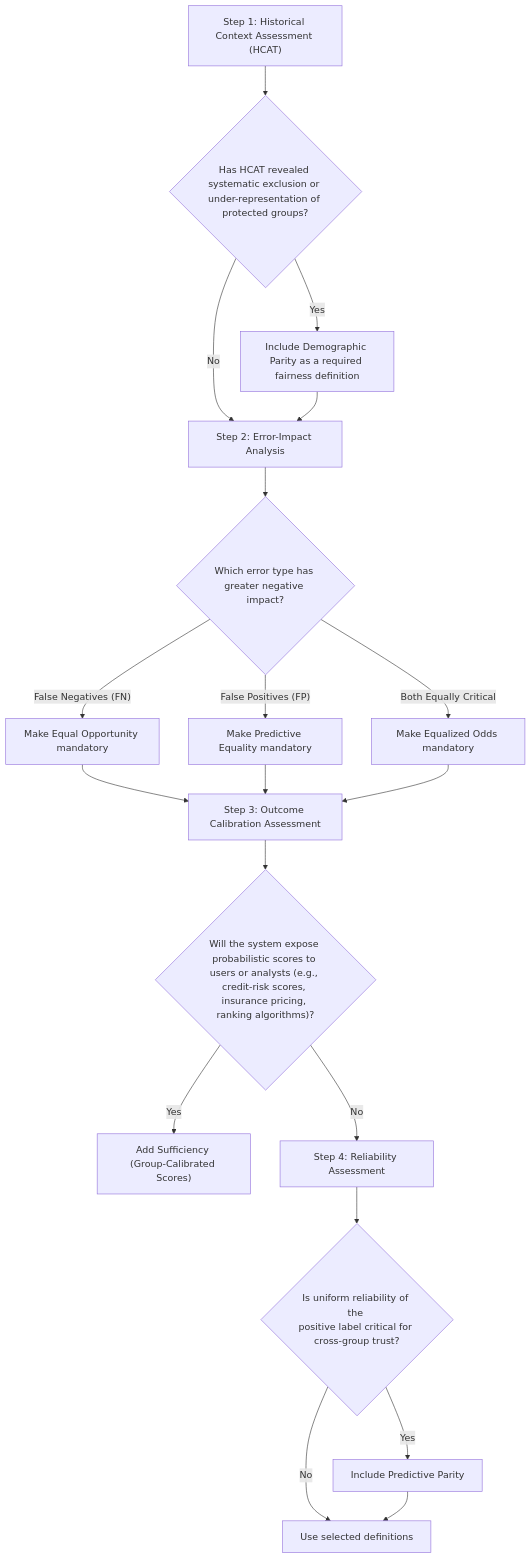
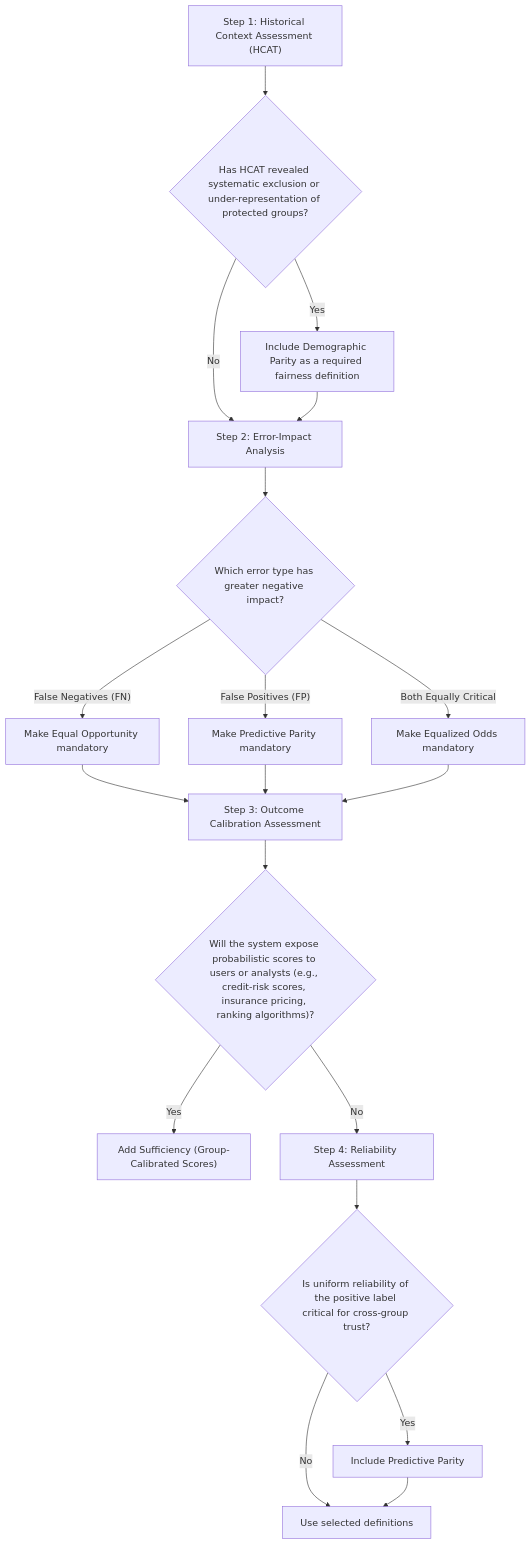
Before and after one commit to Trepolia/AI-Fairness-Audit-Playbook: the diagram in components/fairness-definition-selection.md, drawn with Mermaid. The commit also changed other lines of this file and 6 other files, not shown here.

````diff
--- a/components/fairness-definition-selection.md
+++ b/components/fairness-definition-selection.md
@@ -75,29 +69,25 @@
 ```mermaid
 graph TD
-%% Ste 1: Historical Context
-S1["Step 1: Historical Context Assessment (HCAT)"] --> Q1{"Has HCAT revealed <br/>systematic exclusion or under-representation of protected groups?"}
+S1["Step 1: Historical Context Assessment (HCAT)"] --> Q1{"Has HCAT revealed systematic exclusion or under-representation of protected groups?"}
 Q1 -- "Yes" --> DP["Include Demographic Parity as a required fairness definition"]
 Q1 -- "No" --> S2["Step 2: Error-Impact Analysis"]
 DP --> S2
 
-%% Step 2: Error-Impact
-S2 --> Q2{"Which error type has <br/>greater negative impact?"}
+S2 --> Q2{"Which error type has greater negative impact?"}
 Q2 -- "False Negatives (FN)" --> EO["Make Equal Opportunity mandatory"]
-Q2 -- "False Positives (FP)" --> PE["Make Predictive Equality mandatory"]
+Q2 -- "False Positives (FP)" --> PE["Make Predictive Parity mandatory"]
 Q2 -- "Both Equally Critical" --> EOD["Make Equalized Odds mandatory"]
 
-%% Step 3: Outcome Calibration
 EO --> S3["Step 3: Outcome Calibration Assessment"]
 PE --> S3
 EOD --> S3
 
 S3 --> Q3{"Will the system expose probabilistic scores to users or analysts (e.g., credit-risk scores, insurance pricing, ranking algorithms)?"}
-Q3 -- "Yes" --> SUF["Add Sufficiency <br/>(Group-Calibrated Scores)"]
+Q3 -- "Yes" --> SUF["Add Sufficiency (Group-Calibrated Scores)"]
 Q3 -- "No" --> S4["Step 4: Reliability Assessment"]
 
-%% Step 4: Predictive Parity (Added)
-S4 --> Q4{"Is uniform reliability of the <br/>positive label critical for <br/>cross-group trust?"}
+S4 --> Q4{"Is uniform reliability of the positive label critical for cross-group trust?"}
 Q4 -- "Yes" --> PP["Include Predictive Parity"]
 Q4 -- "No" --> Final["Use selected definitions"]
 PP --> Final
 ```
````
